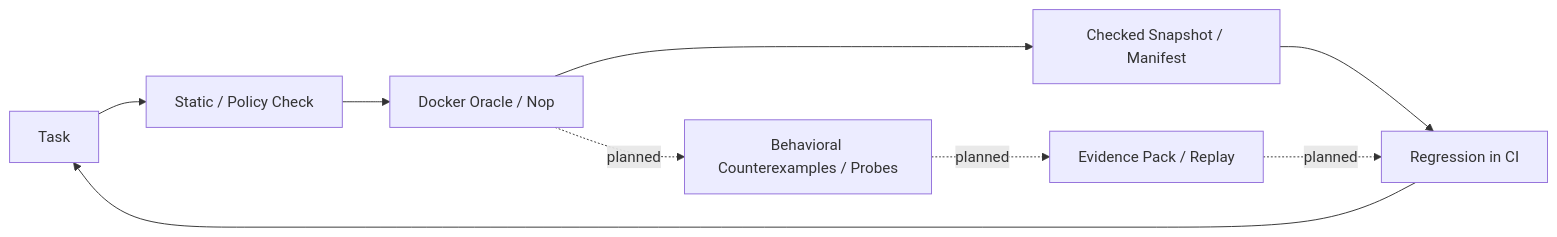
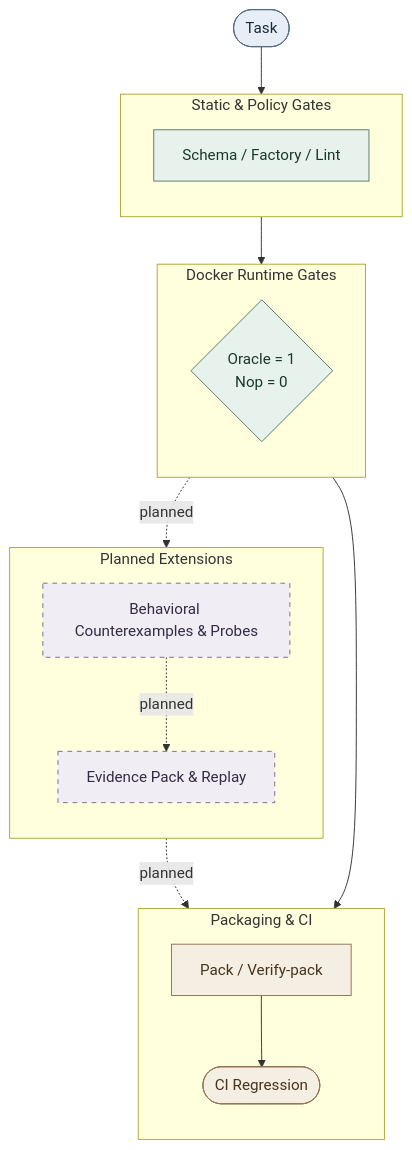
One commit to EZfan/honestenv changed the diagram in README.md. Above: the diagram before and after it, drawn with Mermaid. The commit also changed 1 other file, not shown here.

Commit message:
Docs: upgrade README workflow diagrams to vertical layered Mermaid

````diff
--- a/README.md
+++ b/README.md
@@ -49,11 +49,41 @@
 ```mermaid
-flowchart LR
-    A[Task] --> B[Static / Policy Check]
-    B --> C[Docker Oracle / Nop]
-    C --> D[Checked Snapshot / Manifest]
-    D --> E[Regression in CI]
-    E --> A
-    C -. planned .-> F[Behavioral Counterexamples / Probes]
-    F -. planned .-> G[Evidence Pack / Replay]
+flowchart TD
+    A([Task])
+
+    subgraph static["Static & Policy Gates"]
+        direction TD
+        B["Schema / Factory / Lint"]
+    end
+
+    subgraph runtime["Docker Runtime Gates"]
+        direction TD
+        C{"Oracle = 1<br/>Nop = 0"}
+    end
+
+    subgraph delivery["Packaging & CI"]
+        direction TD
+        D["Pack / Verify-pack"]
+        E([CI Regression])
+        D --> E
+    end
+
+    subgraph future["Planned Extensions"]
+        direction TD
+        F["Behavioral Counterexamples & Probes"]
+        G["Evidence Pack & Replay"]
+        F -. planned .-> G
+    end
+
+    A --> B --> C --> D
+    C -. planned .-> F
     G -. planned .-> E
+
+    classDef entry fill:#e8eef6,stroke:#526b85,color:#172b3e
+    classDef gate fill:#e8f2ed,stroke:#567b69,color:#18382b
+    classDef output fill:#f5eee2,stroke:#907451,color:#46331d
+    classDef planned fill:#f0edf5,stroke:#796b8b,color:#352a43,stroke-dasharray: 5 5
+    class A entry
+    class B,C gate
+    class D,E output
+    class F,G planned
 ```
````
